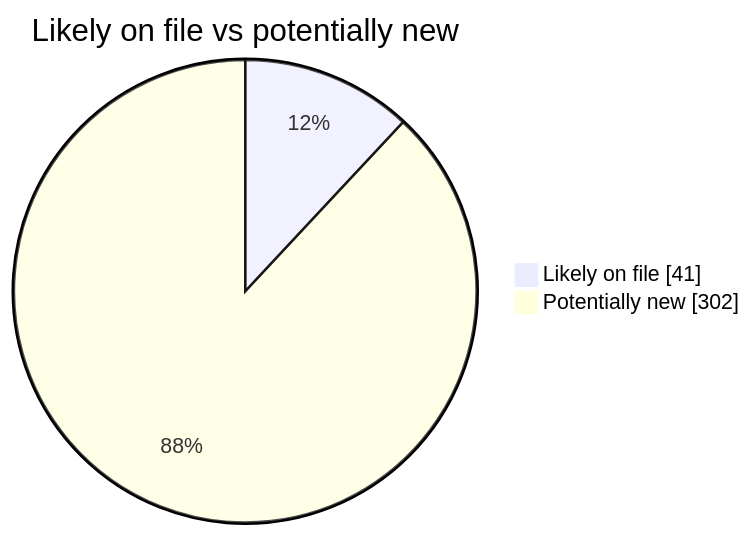
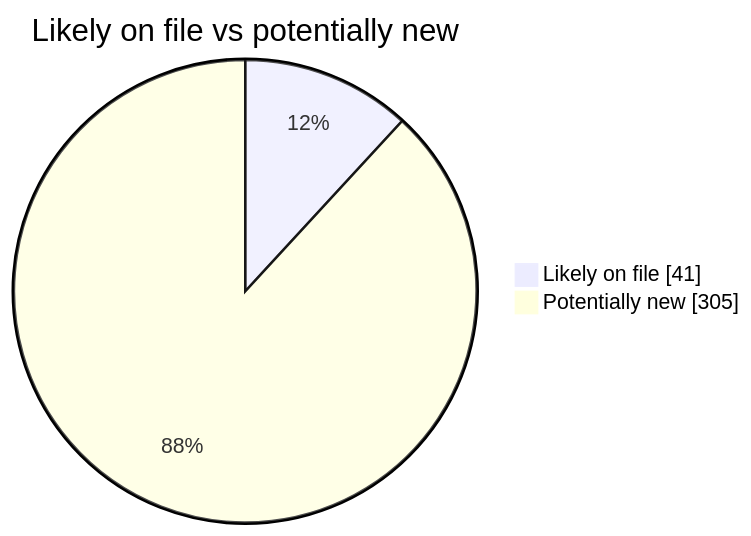
The second of 4 diagrams in README.md (martinbalfanz/social-scanner-reports), drawn with Mermaid before and after one commit. The commit also changed other lines of this file and 6 other files, not shown here.

````diff
--- a/README.md
+++ b/README.md
@@ -40,5 +40,5 @@
 ```mermaid
 pie showData title Likely on file vs potentially new
     "Likely on file" : 41
-    "Potentially new" : 302
+    "Potentially new" : 305
 ```
````
